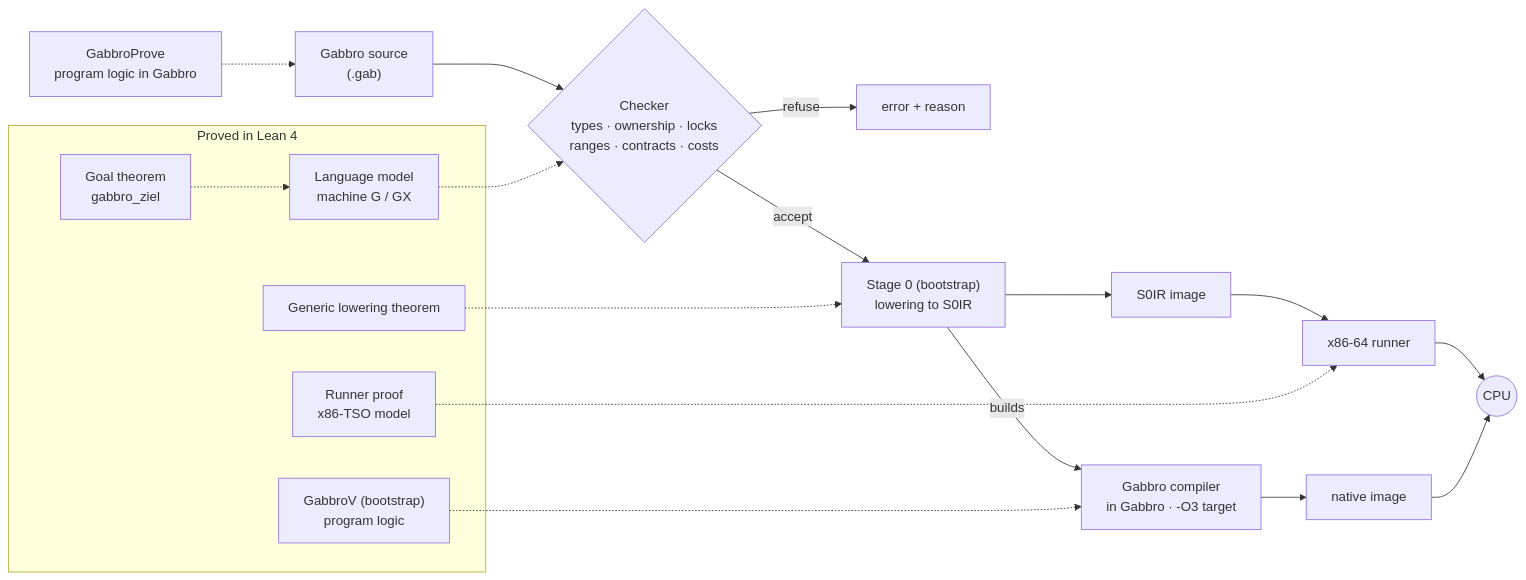
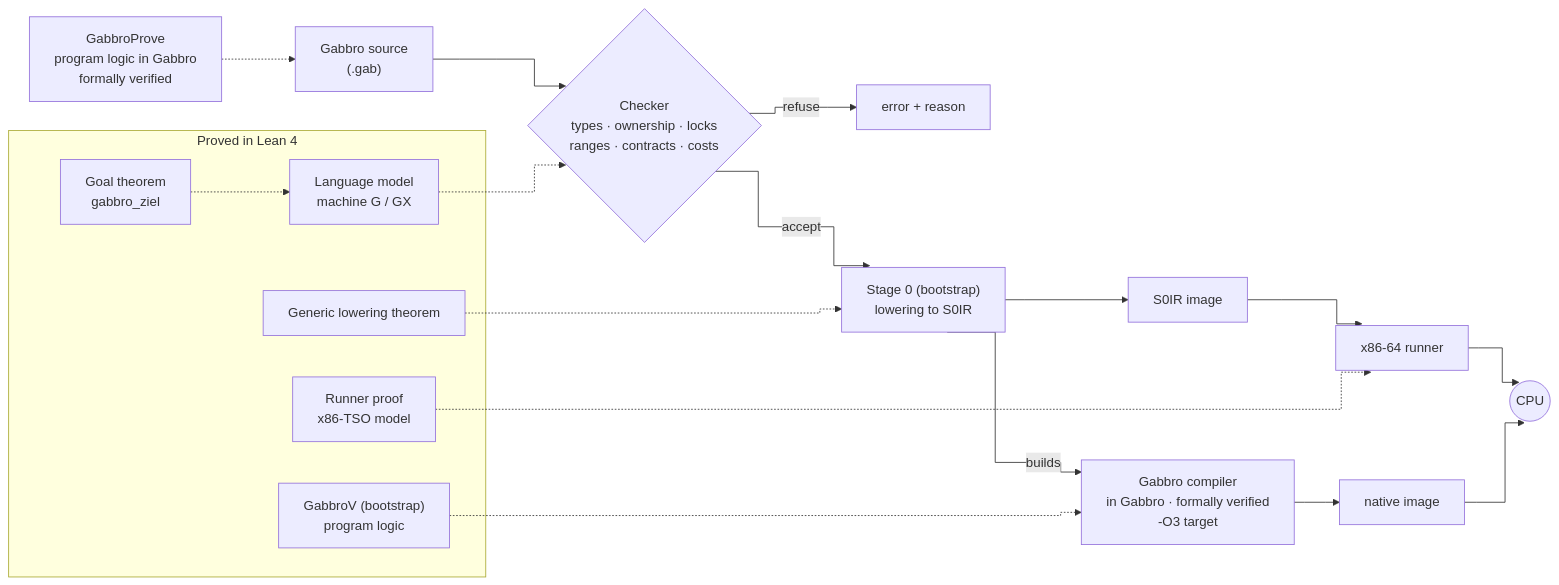
The diagram in README.md (SimonVitzethum/Gabbro), drawn with Mermaid before and after one commit. The commit also changed other lines of this file, not shown here.

Commit message:
docs(readme): orthogonal diagram edges; compiler and GabbroProve formally verified

````diff
--- a/README.md
+++ b/README.md
@@ -192,22 +192,23 @@
 ```mermaid
+%%{init: {"flowchart": {"curve": "step"}}}%%
 flowchart LR
     src["Gabbro source<br/>(.gab)"] --> chk{"Checker<br/>types · ownership · locks<br/>ranges · contracts · costs"}
     chk -- refuse --> err["error + reason"]
     chk -- accept --> s0["Stage 0 (bootstrap)<br/>lowering to S0IR"]
     s0 --> img["S0IR image"] --> run["x86-64 runner"] --> cpu(("CPU"))
-    s0 -- builds --> comp["Gabbro compiler<br/>in Gabbro · -O3 target"] --> bin["native image"] --> cpu
-    prove["GabbroProve<br/>program logic in Gabbro"] -.-> src
+    s0 -- builds --> comp["Gabbro compiler<br/>in Gabbro · formally verified<br/>-O3 target"] --> bin["native image"] --> cpu
+    prove["GabbroProve<br/>program logic in Gabbro<br/>formally verified"] -.-> src
 
     subgraph lean ["Proved in Lean 4"]
       model["Language model<br/>machine G / GX"]
       goal["Goal theorem<br/>gabbro_ziel"]
       low["Generic lowering theorem"]
       rt["Runner proof<br/>x86-TSO model"]
       gv["GabbroV (bootstrap)<br/>program logic"]
     end
     model -.-> chk
     goal -.-> model
     low -.-> s0
     rt -.-> run
     gv -.-> comp
 ```
````
